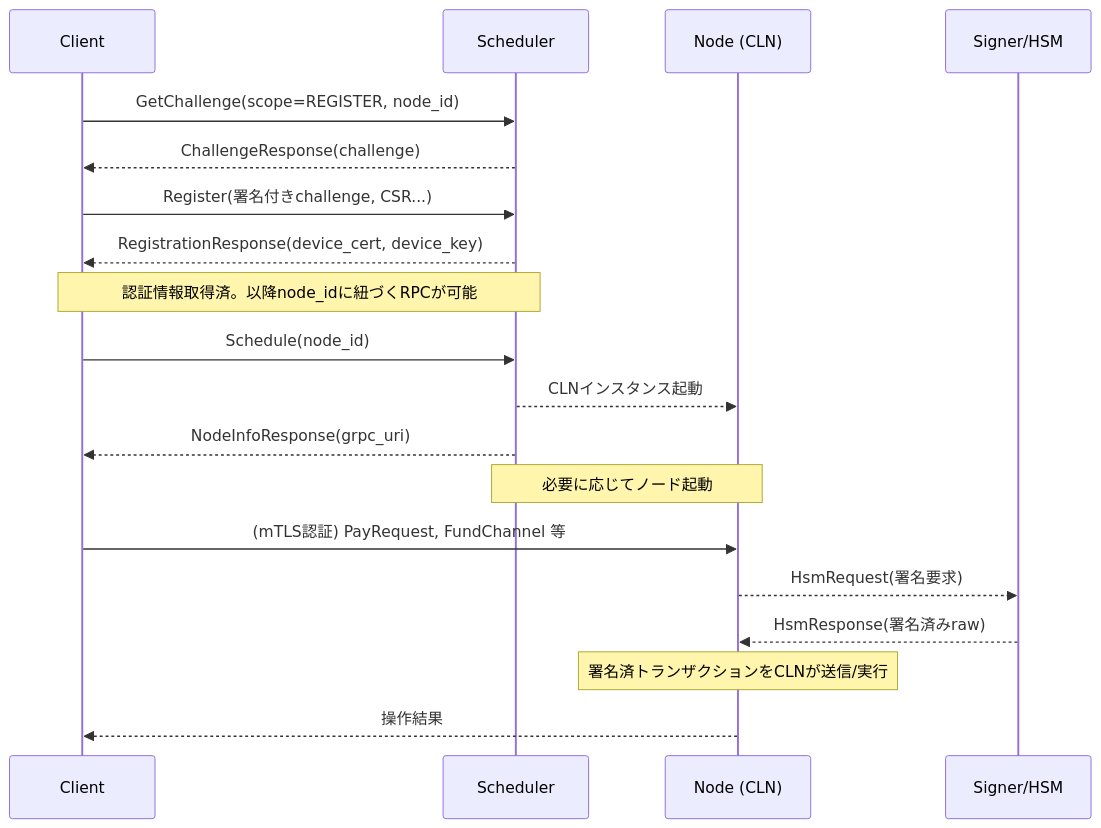
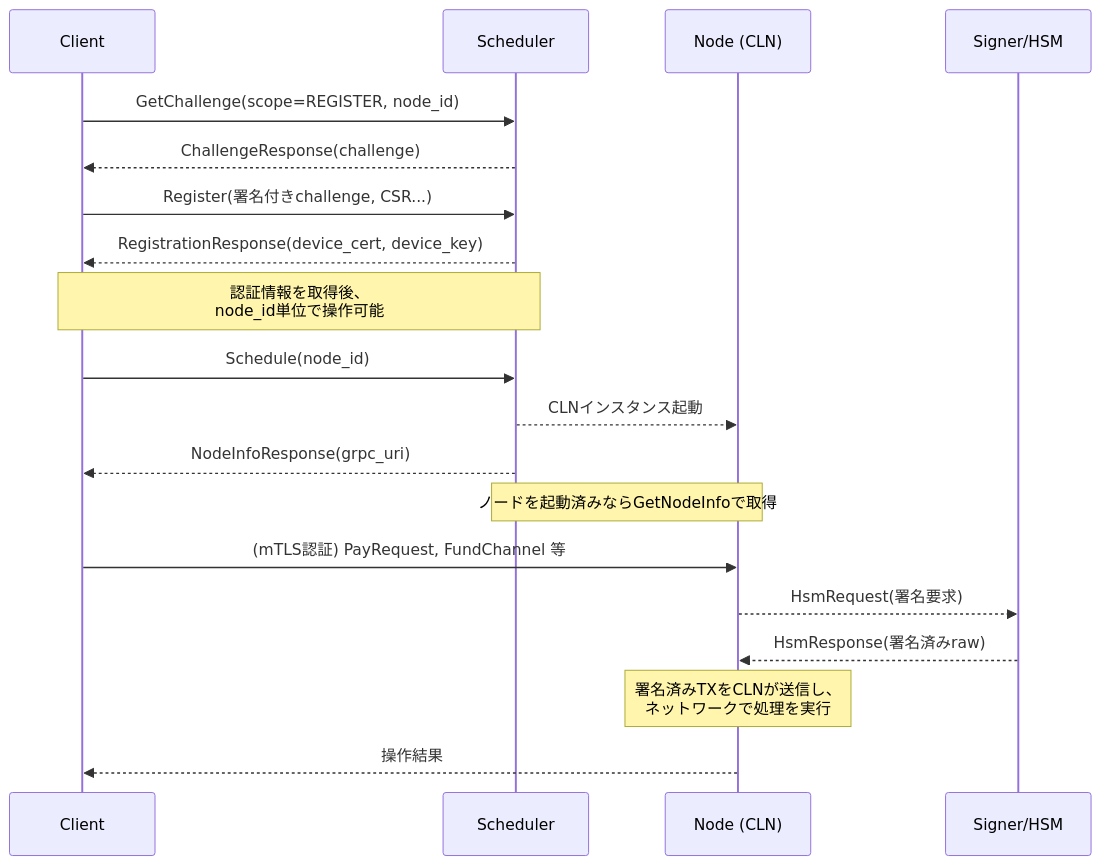
One commit to YusukeShimizu/YusukeShimizu-yusukeshimizu.github.io changed the first of 4 diagrams in content/posts/2025-03-19.md. Above: the diagram before and after it, drawn with Mermaid. The commit also changed other lines of this file and 1 other file, not shown here.

````diff
--- a/content/posts/2025-03-19.md
+++ b/content/posts/2025-03-19.md
@@ -80,29 +78,29 @@
 ```mermaid
 sequenceDiagram
     participant Client as Client
     participant Scheduler as Scheduler
     participant Node as Node (CLN)
     participant Signer as Signer/HSM
 
     Client->>Scheduler: GetChallenge(scope=REGISTER, node_id)
     Scheduler-->>Client: ChallengeResponse(challenge)
 
     Client->>Scheduler: Register(署名付きchallenge, CSR...)
     Scheduler-->>Client: RegistrationResponse(device_cert, device_key)
 
-    note over Client,Scheduler: 認証情報取得済。以降node_idに紐づくRPCが可能
+    note over Client,Scheduler: 認証情報を取得後、<br>node_id単位で操作可能
 
     Client->>Scheduler: Schedule(node_id)
     Scheduler-->>Node: CLNインスタンス起動
     Scheduler-->>Client: NodeInfoResponse(grpc_uri)
 
-    note over Scheduler,Node: 必要に応じてノード起動
+    note over Scheduler,Node: ノードを起動済みならGetNodeInfoで取得
 
     Client->>Node: (mTLS認証) PayRequest, FundChannel 等
     Node-->>Signer: HsmRequest(署名要求)
     Signer-->>Node: HsmResponse(署名済みraw)
 
-    note over Node: 署名済トランザクションをCLNが送信/実行
+    note over Node: 署名済みTXをCLNが送信し、<br>ネットワークで処理を実行
 
     Node-->>Client: 操作結果
 ```
````
